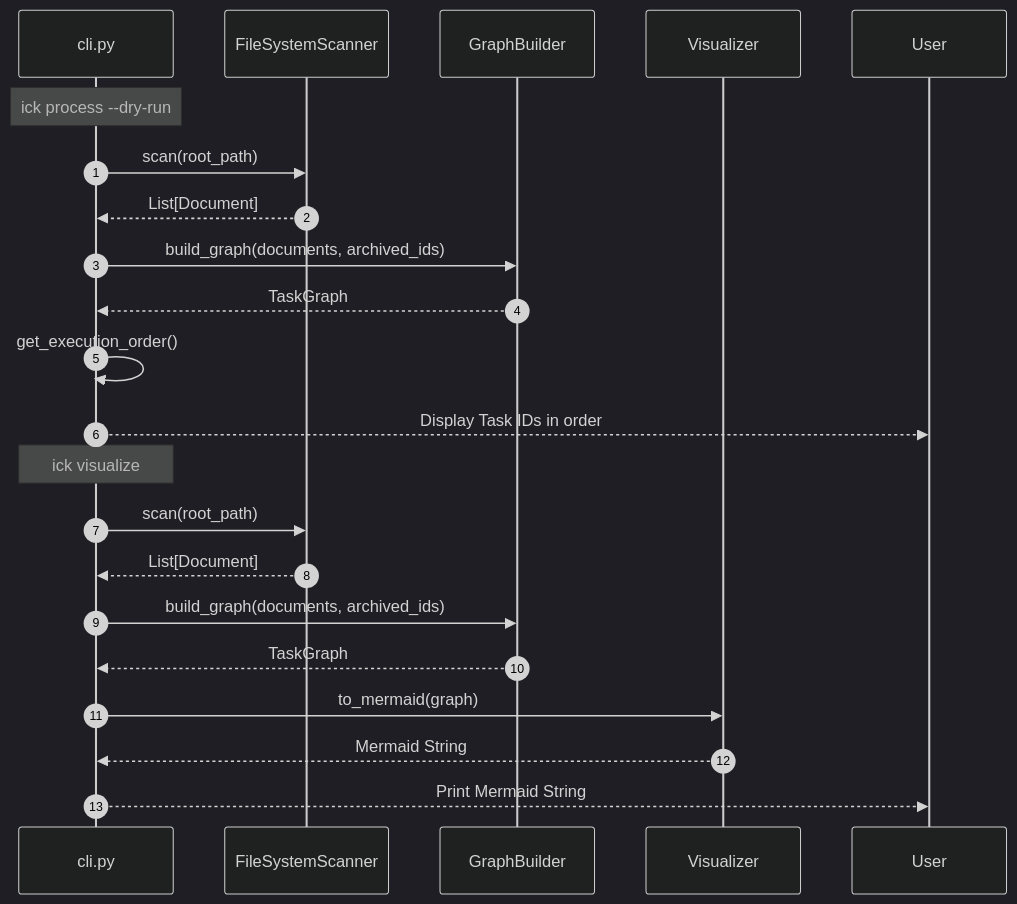
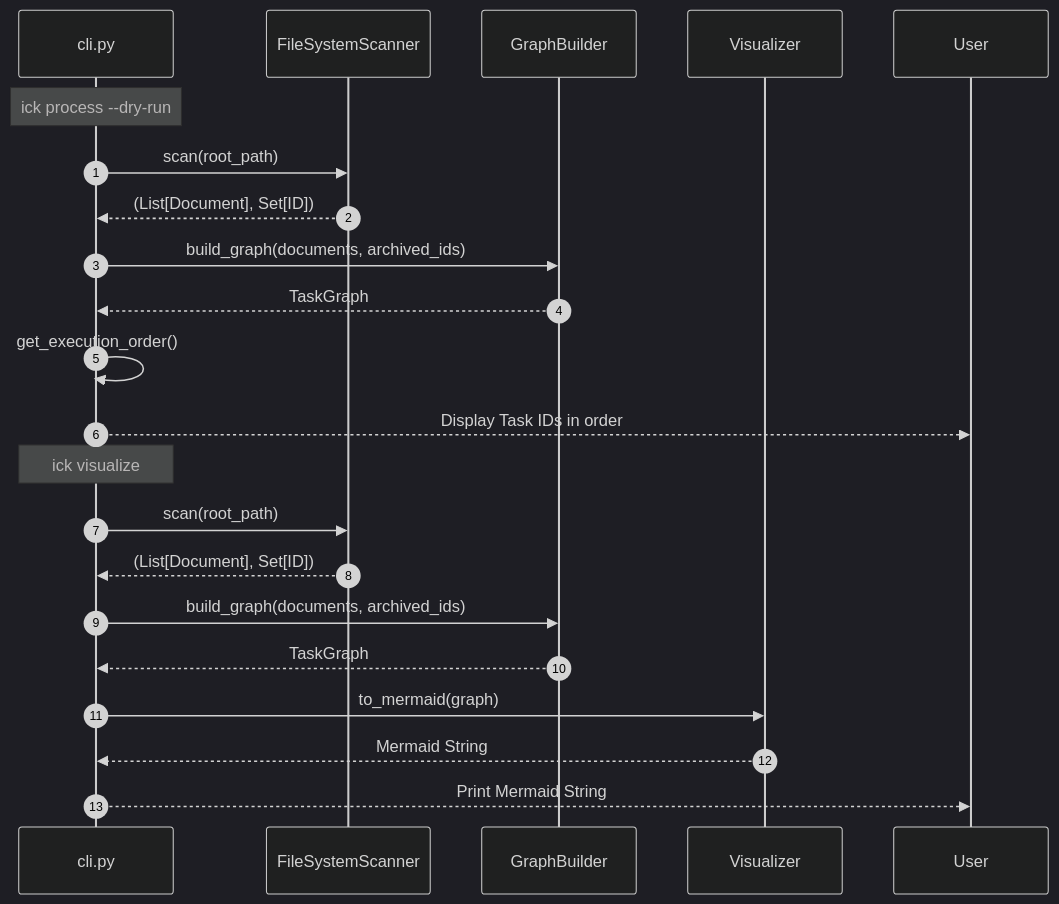
The diagram in docs/specs/components/cli-integration.md (masa-codehub/issue_creator_kit), drawn with Mermaid (dark theme) before and after one commit. The commit also changed other lines of this file and 3 other files, not shown here.

````diff
--- a/docs/specs/components/cli-integration.md
+++ b/docs/specs/components/cli-integration.md
@@ -44,25 +45,25 @@
 ```mermaid
 sequenceDiagram
     autonumber
     participant CLI as cli.py
     participant S as FileSystemScanner
     participant B as GraphBuilder
     participant V as Visualizer
 
     Note over CLI: ick process --dry-run
     CLI->>S: scan(root_path)
-    S-->>CLI: List[Document]
+    S-->>CLI: (List[Document], Set[ID])
     CLI->>B: build_graph(documents, archived_ids)
     B-->>CLI: TaskGraph
     CLI->>CLI: get_execution_order()
     CLI-->>User: Display Task IDs in order
 
     Note over CLI: ick visualize
     CLI->>S: scan(root_path)
-    S-->>CLI: List[Document]
+    S-->>CLI: (List[Document], Set[ID])
     CLI->>B: build_graph(documents, archived_ids)
     B-->>CLI: TaskGraph
     CLI->>V: to_mermaid(graph)
     V-->>CLI: Mermaid String
     CLI-->>User: Print Mermaid String
 ```
````
